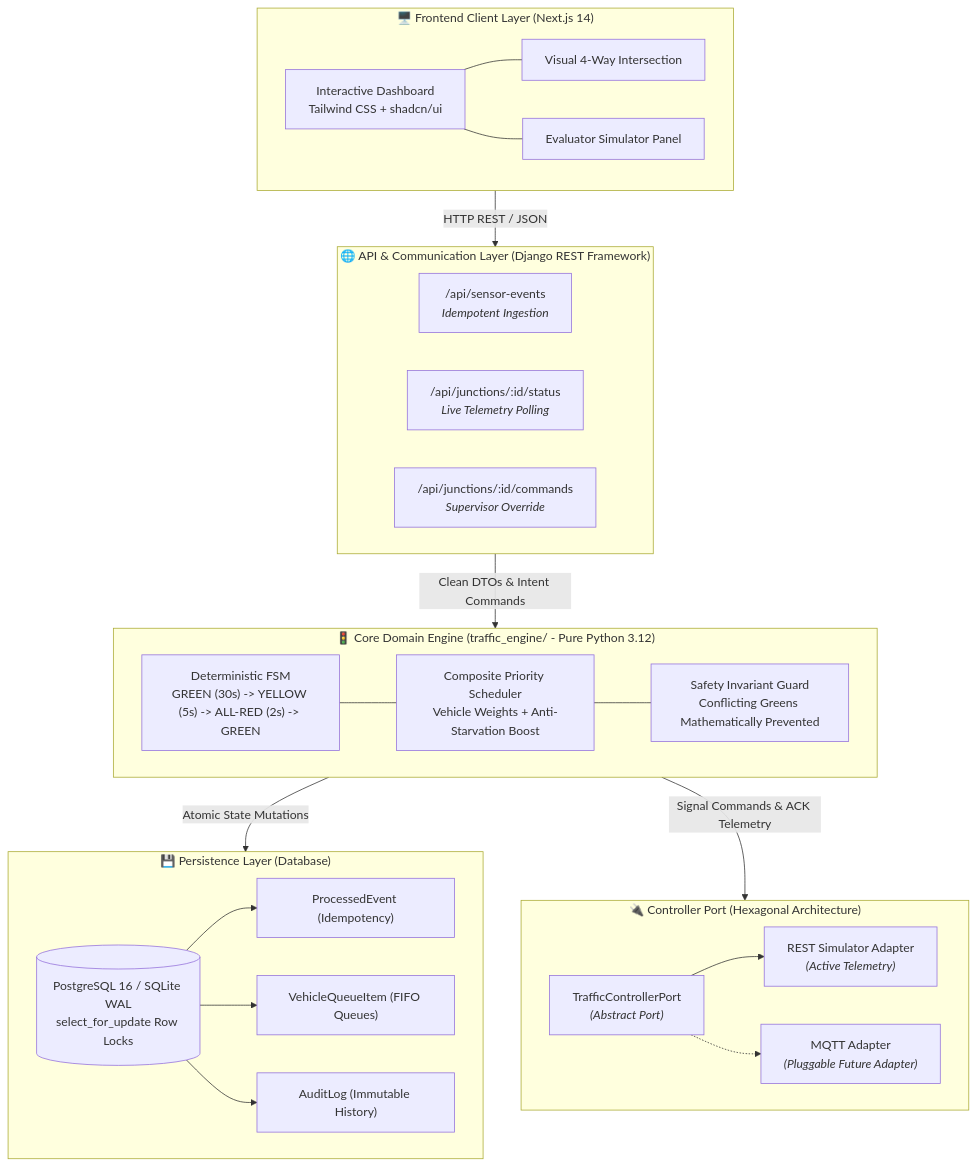
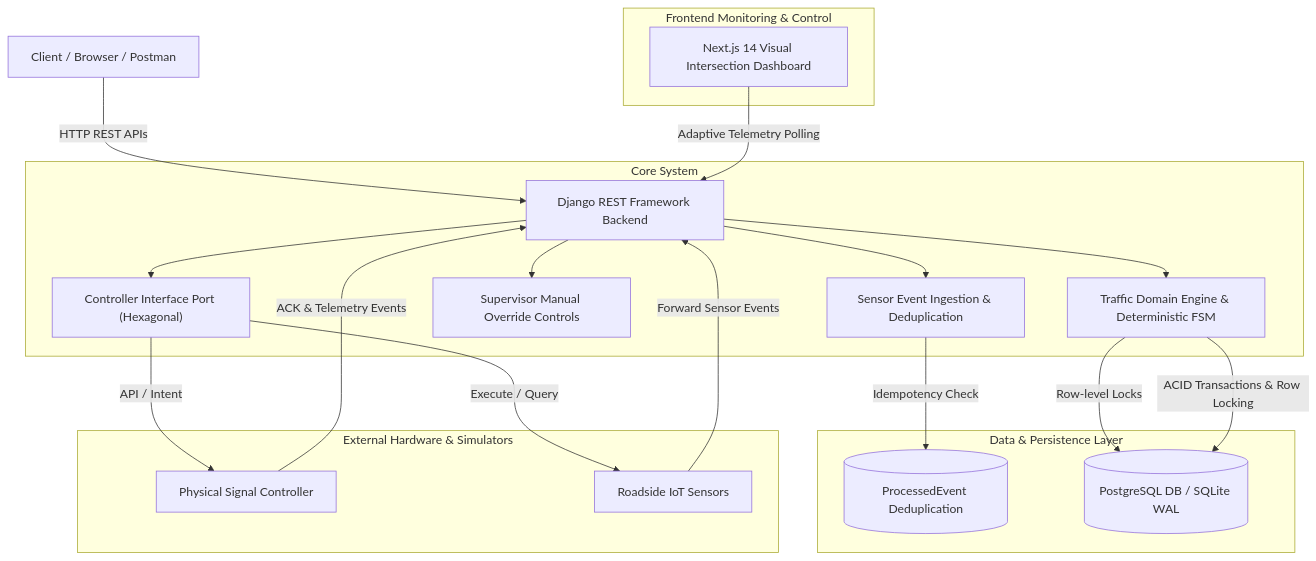
One commit to ArkaKarmoker/factory-traffic-management-system changed the first of 2 diagrams in README.md. Above: the diagram before and after it, drawn with Mermaid.

````diff
--- a/README.md
+++ b/README.md
@@ -19,47 +19,40 @@
 ```mermaid
 flowchart TD
-    subgraph FrontendLayer["🖥️ Frontend Client Layer (Next.js 14)"]
-        UI["Interactive Dashboard<br/>Tailwind CSS + shadcn/ui"]
-        Viz["Visual 4-Way Intersection"]
-        Sim["Evaluator Simulator Panel"]
-        UI --- Viz
-        UI --- Sim
+    Client["Client / Browser / Postman"]
+
+    Client -->|HTTP REST APIs| Backend
+
+    subgraph CoreSystem["Core System"]
+        Backend["Django REST Framework Backend"]
+
+        Backend --> SensorModule["Sensor Event Ingestion & Deduplication"]
+        Backend --> TrafficEngine["Traffic Domain Engine & Deterministic FSM"]
+        Backend --> ManualControl["Supervisor Manual Override Controls"]
+        Backend --> ControllerPort["Controller Interface Port (Hexagonal)"]
     end
 
-    subgraph ApiLayer["🌐 API & Communication Layer (Django REST Framework)"]
-        SensorAPI["/api/sensor-events<br/><i>Idempotent Ingestion</i>"]
-        StatusAPI["/api/junctions/:id/status<br/><i>Live Telemetry Polling</i>"]
-        CommandAPI["/api/junctions/:id/commands<br/><i>Supervisor Override</i>"]
+    SensorModule -->|Idempotency Check| EventsDB
+    TrafficEngine -->|Row-level Locks| MainDB
+    TrafficEngine -->|ACID Transactions & Row Locking| MainDB
+    ControllerPort -->|API / Intent| PhysController
+    ControllerPort -->|Execute / Query| RoadsideSensors
+
+    subgraph DataLayer["Data & Persistence Layer"]
+        EventsDB[("ProcessedEvent Deduplication")]
+        MainDB[("PostgreSQL DB / SQLite WAL")]
     end
 
-    subgraph CoreEngine["🚦 Core Domain Engine (traffic_engine/ - Pure Python 3.12)"]
-        FSM["Deterministic FSM<br/>GREEN (30s) -> YELLOW (5s) -> ALL-RED (2s) -> GREEN"]
-        Scheduler["Composite Priority Scheduler<br/>Vehicle Weights + Anti-Starvation Boost"]
-        Guard["Safety Invariant Guard<br/>Conflicting Greens Mathematically Prevented"]
-        FSM --- Scheduler
-        Scheduler --- Guard
+    subgraph HardwareLayer["External Hardware & Simulators"]
+        RoadsideSensors["Roadside IoT Sensors"]
+        PhysController["Physical Signal Controller"]
     end
 
-    subgraph PersistenceLayer["💾 Persistence Layer (Database)"]
-        DB[("PostgreSQL 16 / SQLite WAL<br/>select_for_update Row Locks")]
-        Events["ProcessedEvent (Idempotency)"]
-        Queues["VehicleQueueItem (FIFO Queues)"]
-        Audit["AuditLog (Immutable History)"]
-        DB --> Events
-        DB --> Queues
-        DB --> Audit
+    RoadsideSensors -->|Forward Sensor Events| Backend
+    PhysController -->|ACK & Telemetry Events| Backend
+
+    subgraph FrontendApp["Frontend Monitoring & Control"]
+        NextUI["Next.js 14 Visual Intersection Dashboard"]
     end
 
-    subgraph HardwareLayer["🔌 Controller Port (Hexagonal Architecture)"]
-        Port["TrafficControllerPort<br/><i>(Abstract Port)</i>"]
-        RESTAdapt["REST Simulator Adapter<br/><i>(Active Telemetry)</i>"]
-        MQTTAdapt["MQTT Adapter<br/><i>(Pluggable Future Adapter)</i>"]
-        Port --> RESTAdapt
-        Port -.-> MQTTAdapt
-    end
-
-    FrontendLayer -->|HTTP REST / JSON| ApiLayer
-    ApiLayer -->|Clean DTOs & Intent Commands| CoreEngine
-    CoreEngine -->|Atomic State Mutations| PersistenceLayer
-    CoreEngine -->|Signal Commands & ACK Telemetry| HardwareLayer
+    NextUI -->|Adaptive Telemetry Polling| Backend
 ```
````
